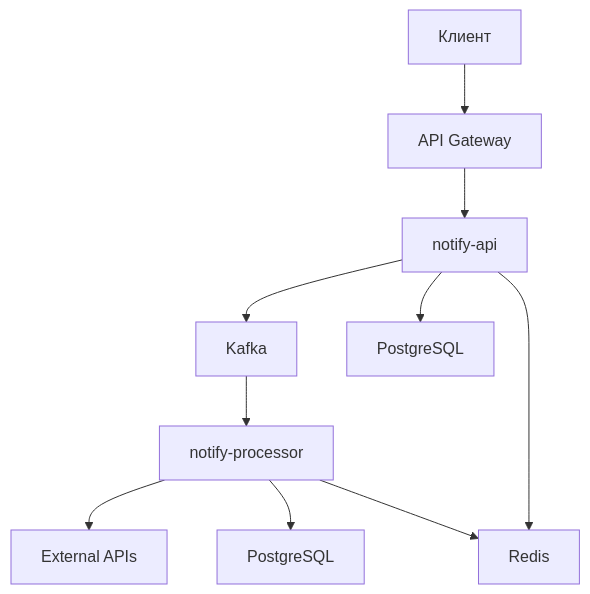
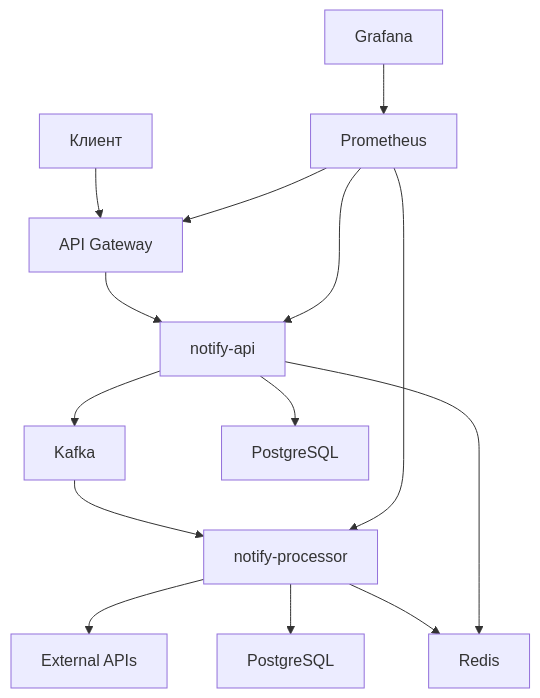
Before and after one commit to Diart435/NotifySender: the diagram in README.md, drawn with Mermaid. The commit also changed other lines of this file, not shown here.

````diff
--- a/README.md
+++ b/README.md
@@ -16,12 +17,16 @@
 ```mermaid
 graph TD
     A[Клиент] --> B[API Gateway]
     B --> C[notify-api]
     C --> D[Kafka]
     D --> E[notify-processor]
     E --> F[External APIs]
     E --> G[PostgreSQL]
     E --> H[Redis]
     C --> I[PostgreSQL]
     C --> H
+    J[Prometheus] --> B
+    J[Prometheus] --> C
+    J[Prometheus] --> E
+    K[Grafana] --> J
 ```
````
